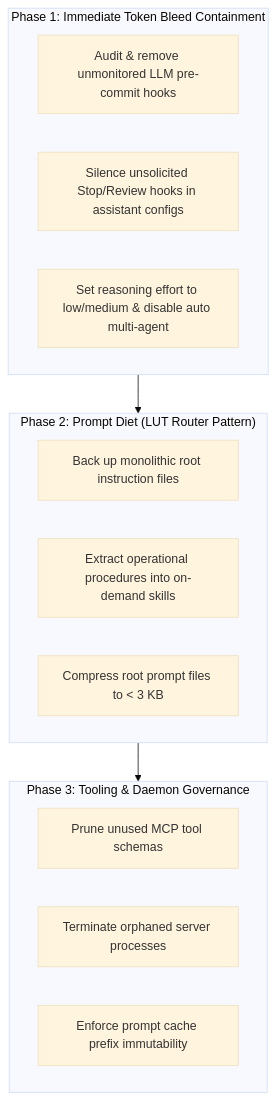
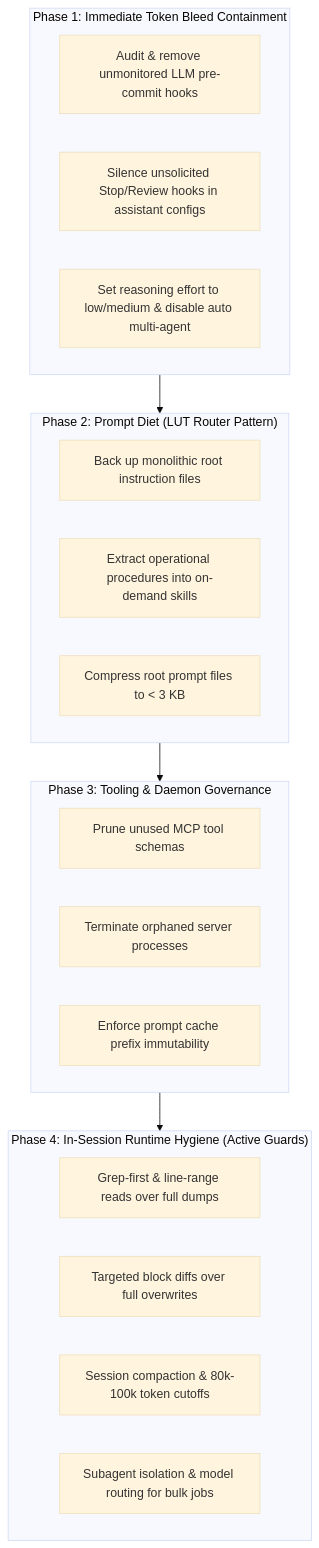
Before and after one commit to joseoper/token-diet: the diagram in docs/remediation-playbook.md, drawn with Mermaid (base theme). The commit also changed other lines of this file and 2 other files, not shown here.

Commit message:
docs: add Phase 4 in-session runtime hygiene and 6th leakage vector

````diff
--- a/docs/remediation-playbook.md
+++ b/docs/remediation-playbook.md
@@ -9,22 +9,29 @@
 ```mermaid
 flowchart TD
     subgraph PHASE1 ["Phase 1: Immediate Token Bleed Containment"]
         P1A["Audit & remove unmonitored LLM pre-commit hooks"]
         P1B["Silence unsolicited Stop/Review hooks in assistant configs"]
         P1C["Set reasoning effort to low/medium & disable auto multi-agent"]
     end
 
     subgraph PHASE2 ["Phase 2: Prompt Diet (LUT Router Pattern)"]
         P2A["Back up monolithic root instruction files"]
         P2B["Extract operational procedures into on-demand skills"]
         P2C["Compress root prompt files to < 3 KB"]
     end
 
     subgraph PHASE3 ["Phase 3: Tooling & Daemon Governance"]
         P3A["Prune unused MCP tool schemas"]
         P3B["Terminate orphaned server processes"]
         P3C["Enforce prompt cache prefix immutability"]
     end
 
-    PHASE1 --> PHASE2 --> PHASE3
+    subgraph PHASE4 ["Phase 4: In-Session Runtime Hygiene (Active Guards)"]
+        P4A["Grep-first & line-range reads over full dumps"]
+        P4B["Targeted block diffs over full overwrites"]
+        P4C["Session compaction & 80k-100k token cutoffs"]
+        P4D["Subagent isolation & model routing for bulk jobs"]
+    end
+
+    PHASE1 --> PHASE2 --> PHASE3 --> PHASE4
 ```
````
